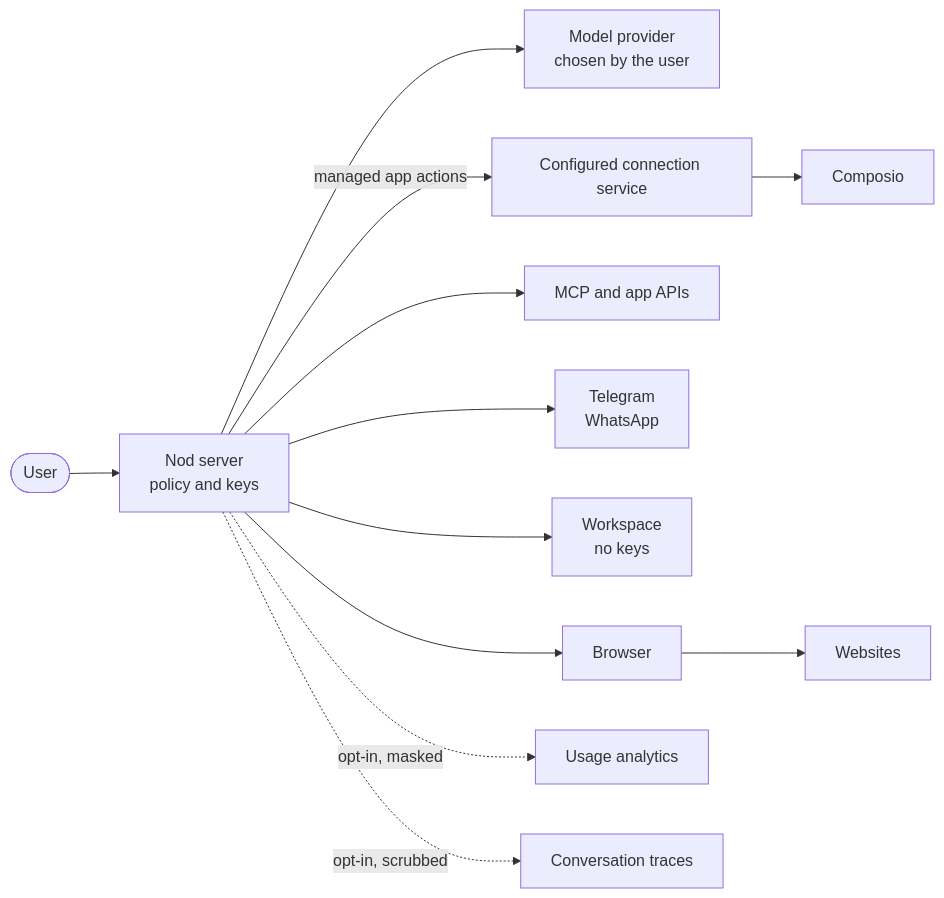
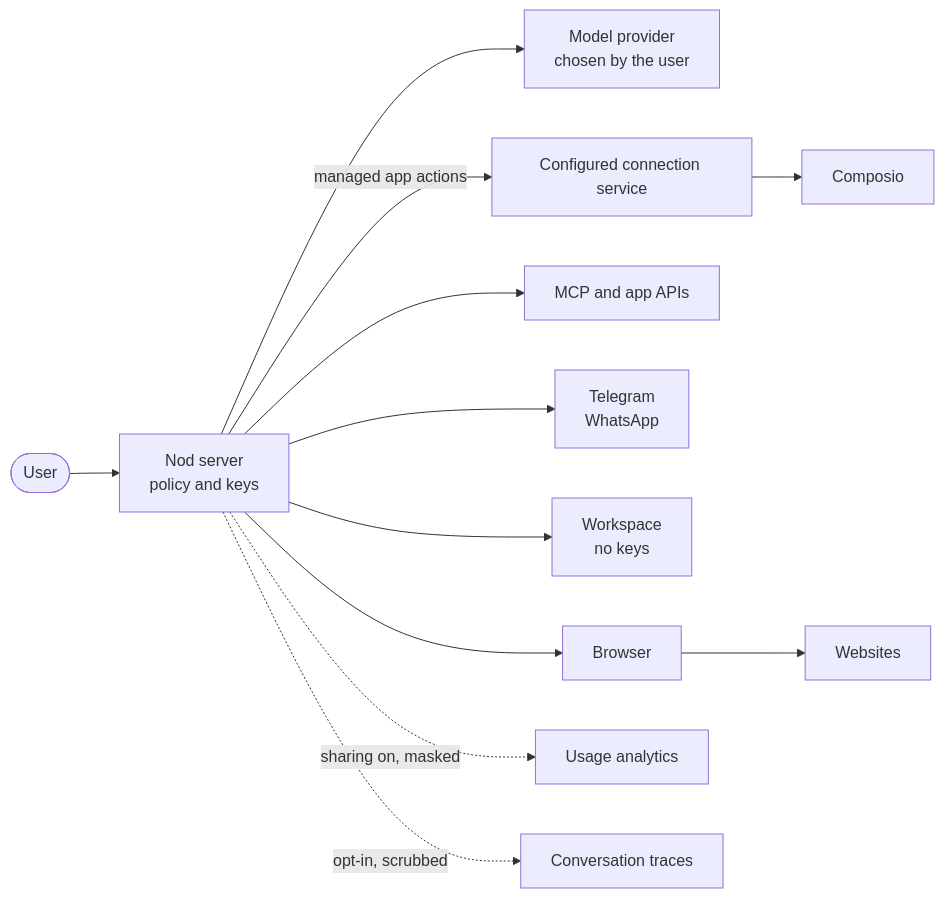
One commit to n8n-io/nod changed the diagram in docs/src/content/docs/trust/security-review.mdx. Above: the diagram before and after it, drawn with Mermaid. The commit also changed other lines of this file and 13 other files, not shown here.

````diff
--- a/docs/src/content/docs/trust/security-review.mdx
+++ b/docs/src/content/docs/trust/security-review.mdx
@@ -24,13 +24,13 @@
 ```mermaid
 flowchart LR
   user([User]):::accent --> server[Nod server<br/>policy and keys]
   server --> model[Model provider<br/>chosen by the user]
   server -- managed app actions --> managed["Configured connection service"]
   managed --> composio[Composio]
   server --> apps[MCP and app APIs]
   server --> chat[Telegram<br/>WhatsApp]
   server --> box[Workspace<br/>no keys]:::muted
   server --> browser[Browser]:::muted --> sites[Websites]
-  server -. opt-in, masked .-> analytics[Usage analytics]:::muted
+  server -. sharing on, masked .-> analytics[Usage analytics]:::muted
   server -. opt-in, scrubbed .-> traces[Conversation traces]:::muted
 ```
````
